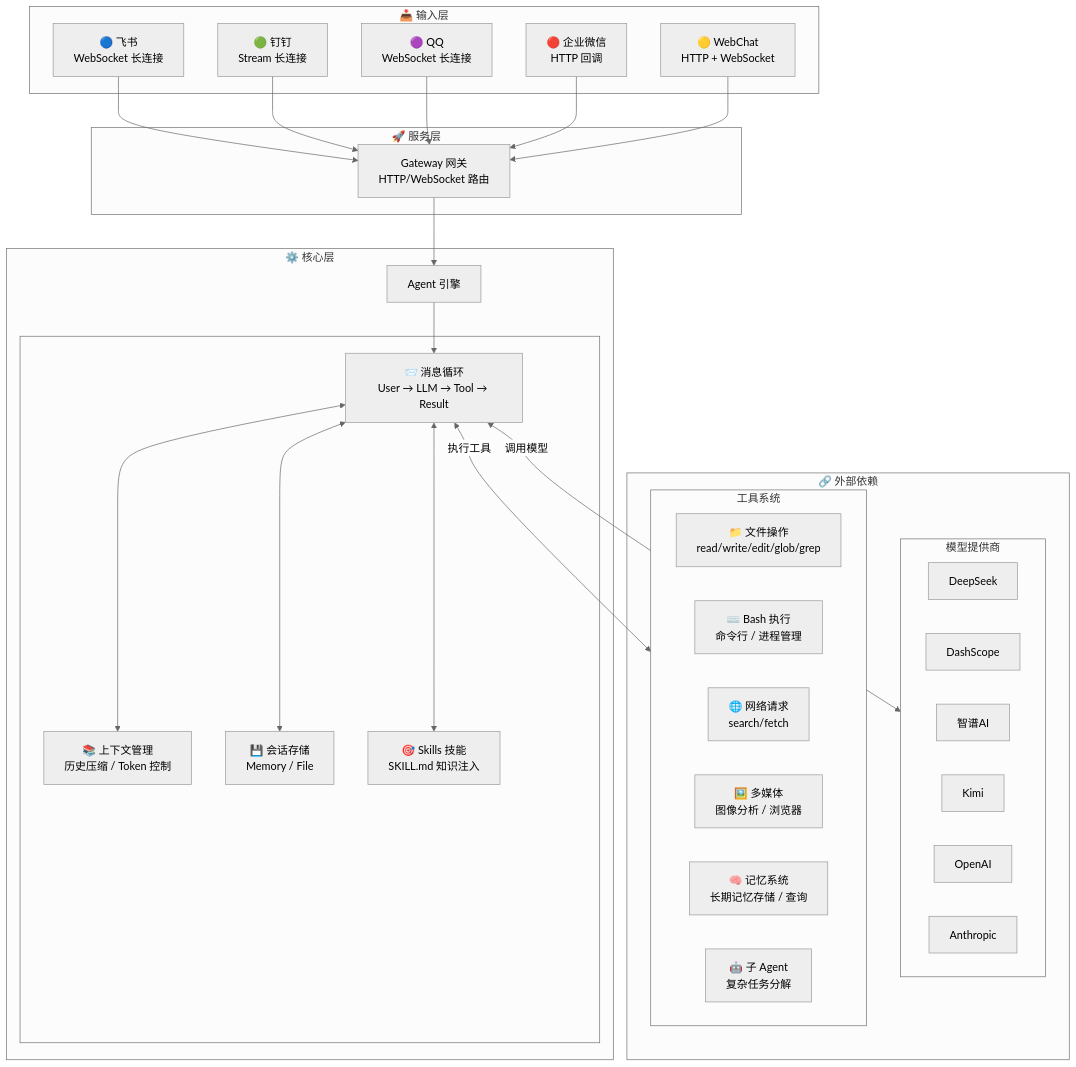
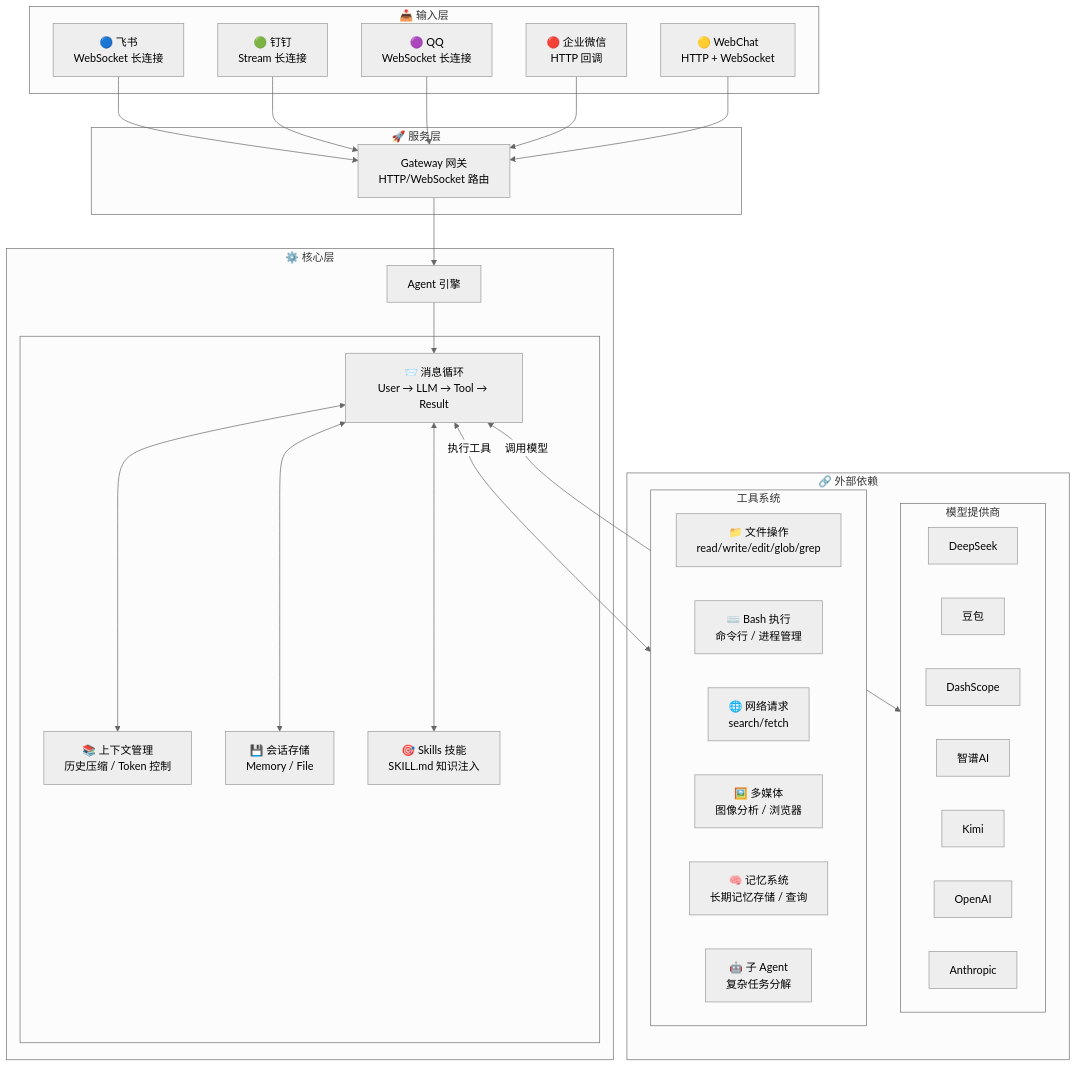
The first of 2 diagrams in README.md (counhopig/vex-box), drawn with Mermaid (neutral theme) before and after one commit. The commit also changed other lines of this file, not shown here.

Commit message:
docs: 完善 README 中的豆包模型引用
更新以下位置添加豆包：
- 项目简介
- 核心特性列表
- onboard 向导说明
- 架构图 mermaid

🤖 Generated with [Claude Code](https://claude.com/claude-code)

````diff
--- a/README.md
+++ b/README.md
@@ -505,58 +505,59 @@
 ```mermaid
 flowchart TB
     subgraph Input["📥 输入层"]
         Feishu["🔵 飞书\nWebSocket 长连接"]
         Dingtalk["🟢 钉钉\nStream 长连接"]
         QQ["🟣 QQ\nWebSocket 长连接"]
         WeCom["🔴 企业微信\nHTTP 回调"]
         WebChat["🟡 WebChat\nHTTP + WebSocket"]
     end
 
     subgraph Server["🚀 服务层"]
         Gateway["Gateway 网关\nHTTP/WebSocket 路由"]
     end
 
     subgraph Core["⚙️ 核心层"]
         Agent["Agent 引擎"]
 
         subgraph AgentInner[" "]
             MsgLoop["📨 消息循环\nUser → LLM → Tool → Result"]
             CtxMgr["📚 上下文管理\n历史压缩 / Token 控制"]
             Session["💾 会话存储\nMemory / File"]
             Skills["🎯 Skills 技能\nSKILL.md 知识注入"]
         end
     end
 
     subgraph External["🔗 外部依赖"]
         subgraph Providers["模型提供商"]
             P1["DeepSeek"]
-            P2["DashScope"]
-            P3["智谱AI"]
-            P4["Kimi"]
-            P5["OpenAI"]
-            P6["Anthropic"]
+            P2["豆包"]
+            P3["DashScope"]
+            P4["智谱AI"]
+            P5["Kimi"]
+            P6["OpenAI"]
+            P7["Anthropic"]
         end
 
         subgraph Tools["工具系统"]
             T1["📁 文件操作\nread/write/edit/glob/grep"]
             T2["⌨️ Bash 执行\n命令行 / 进程管理"]
             T3["🌐 网络请求\nsearch/fetch"]
             T4["🖼️ 多媒体\n图像分析 / 浏览器"]
             T5["🧠 记忆系统\n长期记忆存储 / 查询"]
             T6["🤖 子 Agent\n复杂任务分解"]
         end
     end
 
     Feishu --> Gateway
     Dingtalk --> Gateway
     QQ --> Gateway
     WeCom --> Gateway
     WebChat --> Gateway
     Gateway --> Agent
     Agent --> MsgLoop
     MsgLoop <--> CtxMgr
     MsgLoop <--> Session
     MsgLoop <--> Skills
     MsgLoop <-->|"调用模型"| Providers
     MsgLoop <-->|"执行工具"| Tools
 ```
````
